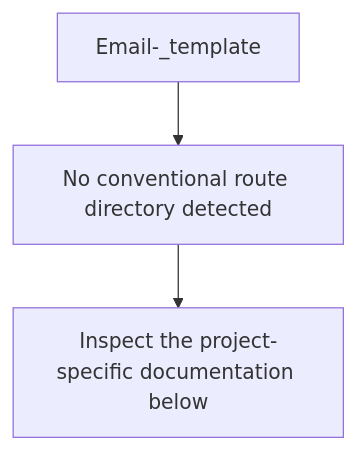
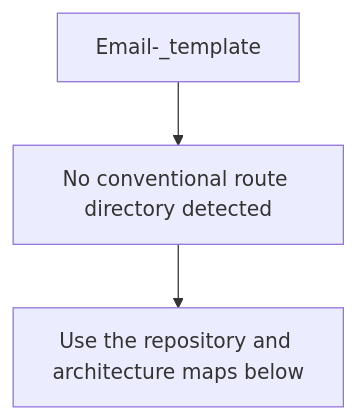
One commit to Nischhalsubba/Email-_template changed the second of 6 diagrams in README.md. Above: the diagram before and after it, drawn with Mermaid. The commit also changed other lines of this file, not shown here.

````diff
--- a/README.md
+++ b/README.md
@@ -39,6 +69,6 @@
 ```mermaid
 flowchart TD
     APP["Email-_template"]
     APP --> SOURCE["No conventional route directory detected"]
-    SOURCE --> VERIFY["Inspect the project-specific documentation below"]
+    SOURCE --> GUIDE["Use the repository and architecture maps below"]
 ```
````
